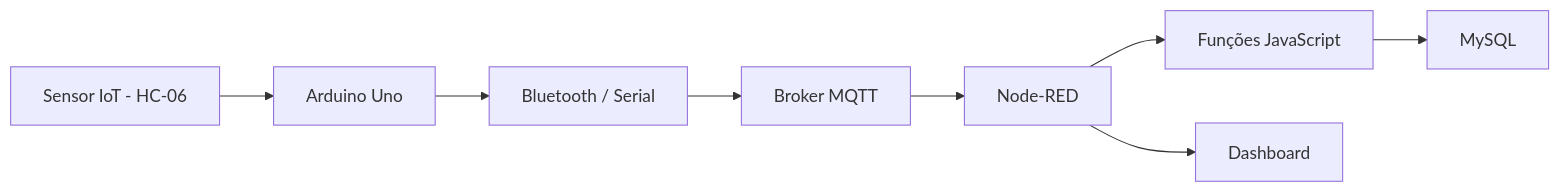
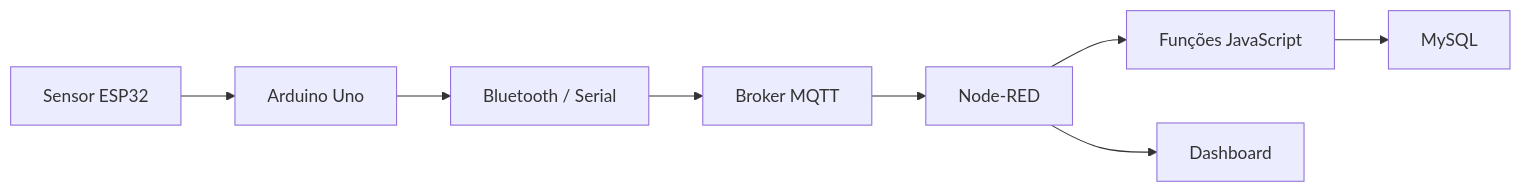
The fourth of 5 diagrams in README.md (giovannarevitoroz/sprint03-mottu-motion-iot), drawn with Mermaid before and after one commit.

````diff
--- a/README.md
+++ b/README.md
@@ -160,10 +160,10 @@
 ```mermaid
 graph LR
-    S1["Sensor IoT - HC-06"] --> S2["Arduino Uno"]
+    S1["Sensor ESP32"] --> S2["Arduino Uno"]
     S2 --> BT["Bluetooth / Serial"]
     BT --> MQTT["Broker MQTT"]
     MQTT --> NR["Node-RED"]
     NR --> FN["Funções JavaScript"]
     FN --> DB["MySQL"]
     NR --> DASH["Dashboard"]
 ```
````
